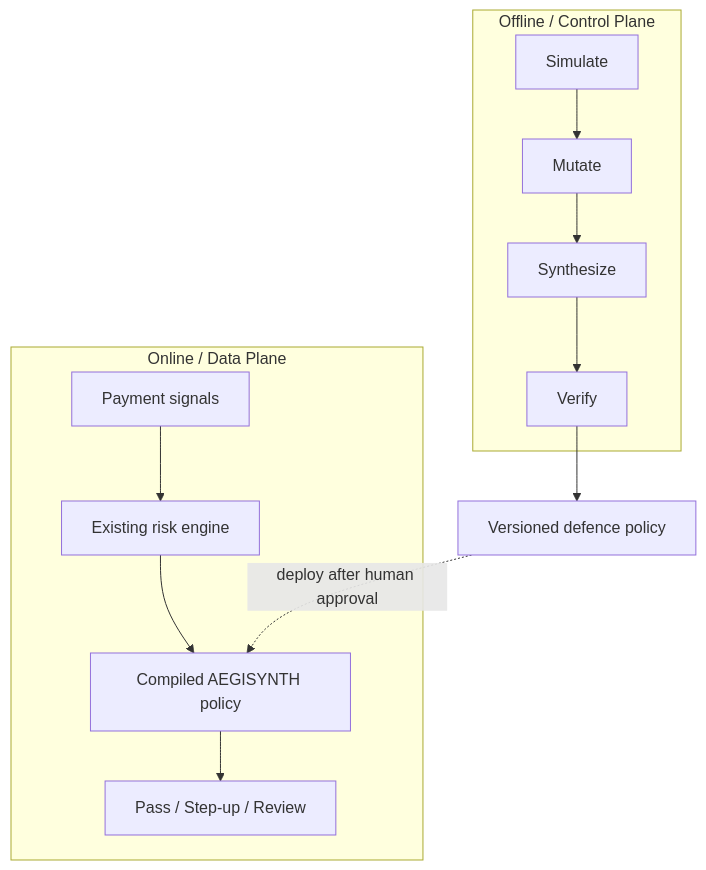
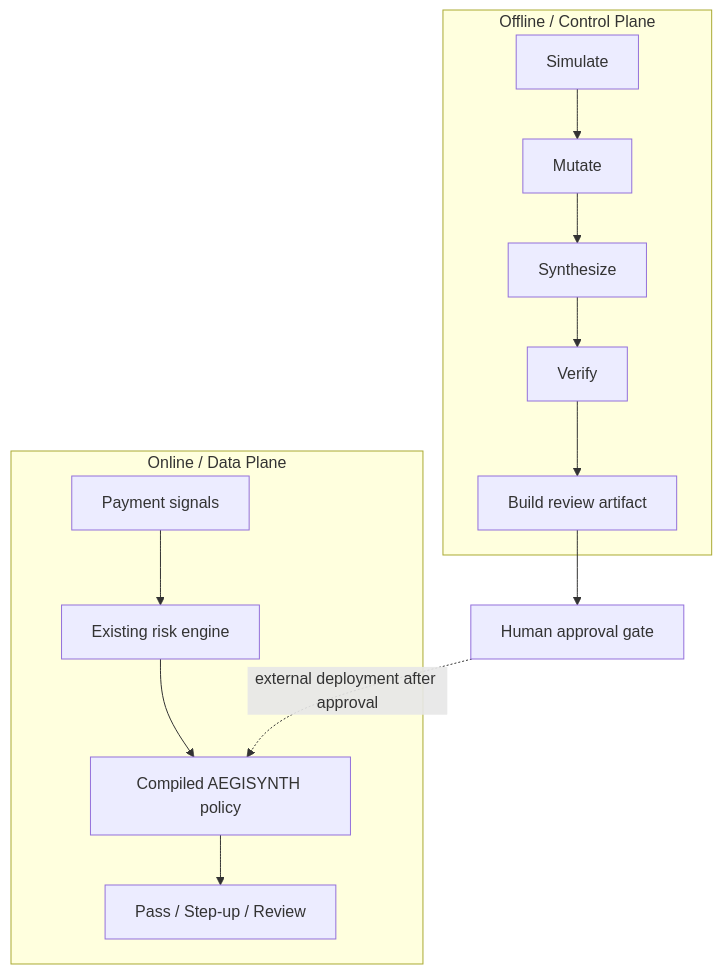
Before and after one commit to omghotekar01-dotcom/Mastercard-project---AEGISYNTH: the second of 2 diagrams in README.md, drawn with Mermaid. The commit also changed other lines of this file, not shown here.

Commit message:
docs: document integrity-stamped human review handoff

````diff
--- a/README.md
+++ b/README.md
@@ -124,15 +128,16 @@
 ```mermaid
 flowchart TB
     subgraph CP[Offline / Control Plane]
       S[Simulate] --> M[Mutate]
       M --> Y[Synthesize]
       Y --> V[Verify]
+      V --> H[Build review artifact]
     end
-    V --> P[Versioned defence policy]
+    H --> P[Human approval gate]
     subgraph DP[Online / Data Plane]
       X[Payment signals] --> R[Existing risk engine]
       R --> P2[Compiled AEGISYNTH policy]
       P2 --> O[Pass / Step-up / Review]
     end
-    P -. deploy after human approval .-> P2
+    P -. external deployment after approval .-> P2
 ```
````
